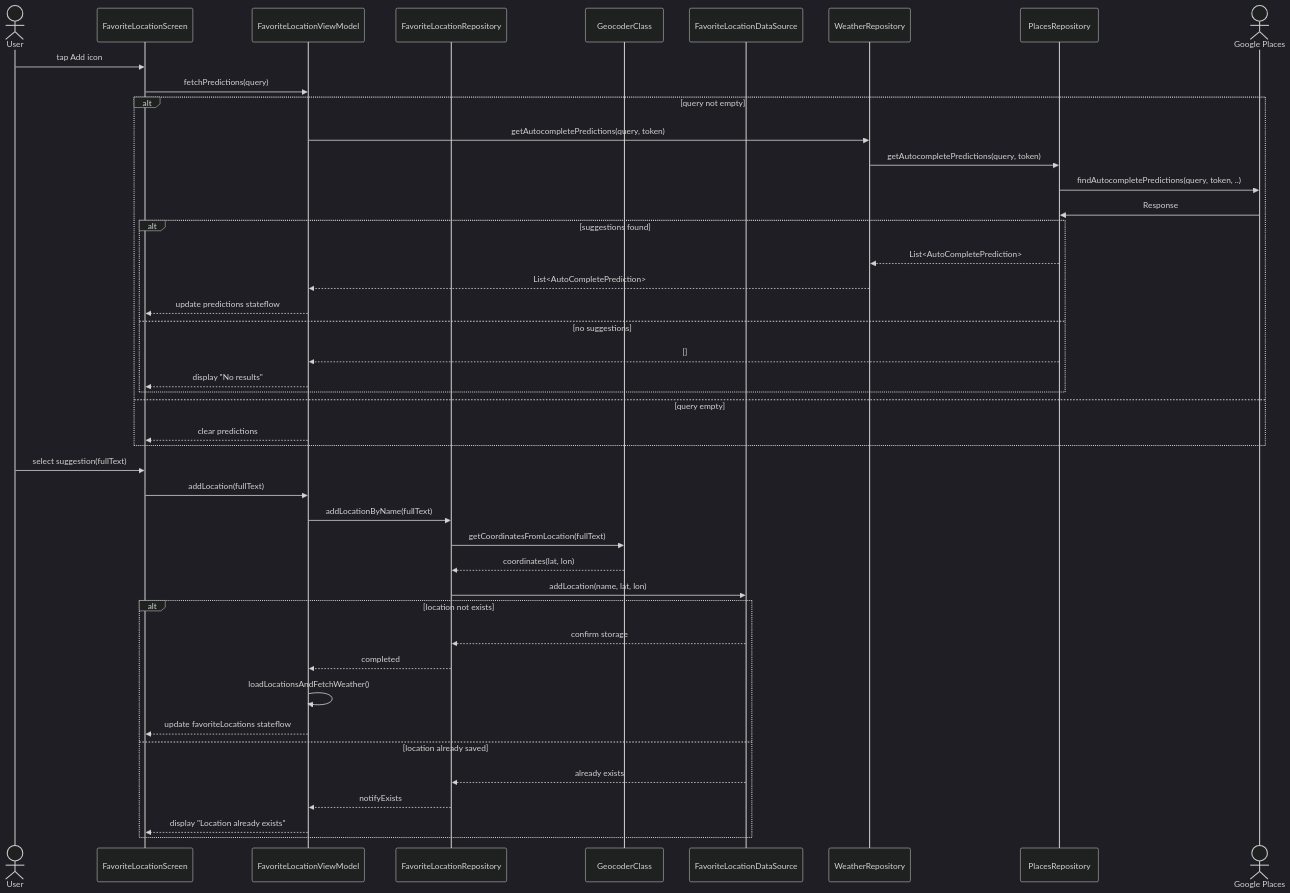
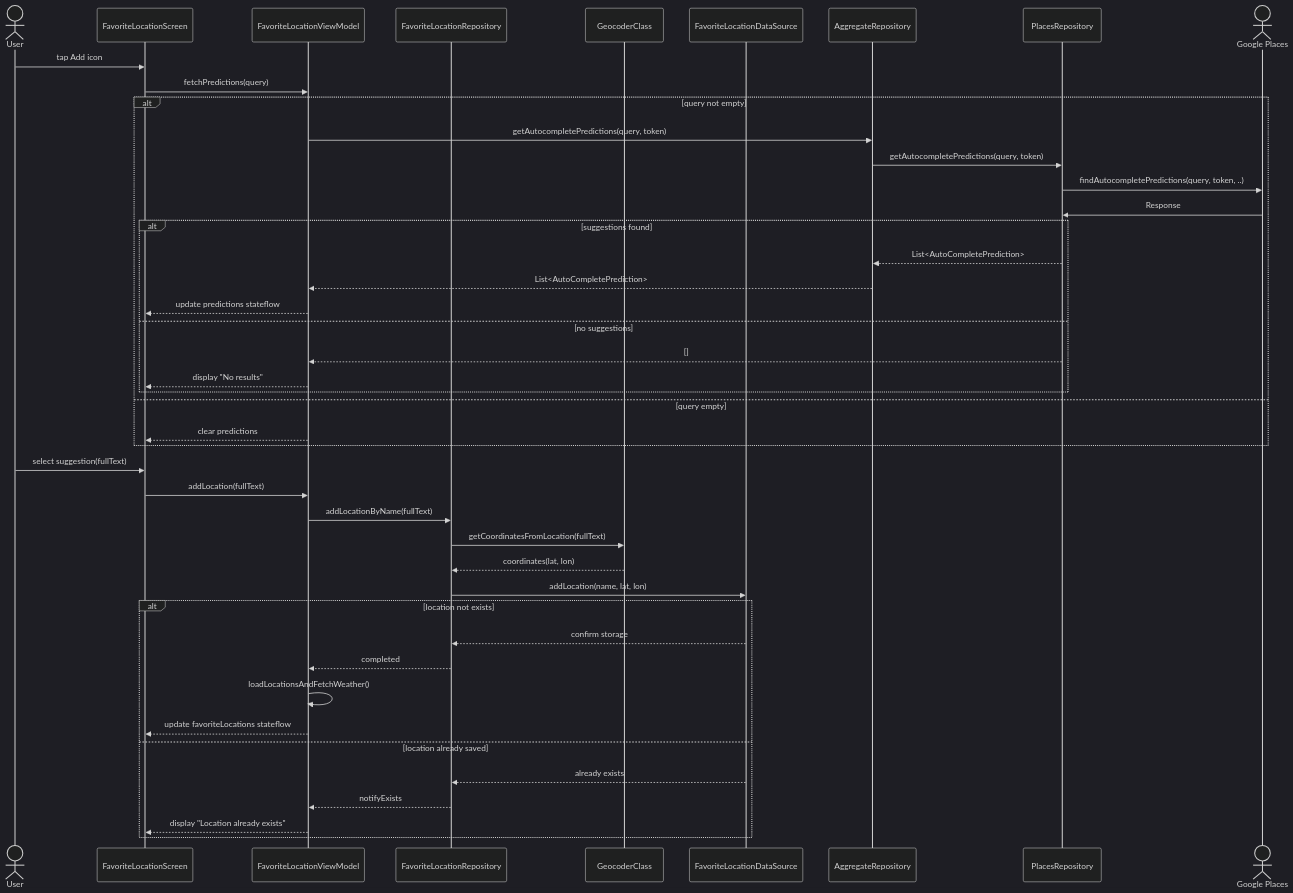
One commit to GithubTechsupport/VaerAktiv changed the diagram in diagrams/add_favorite_location/sequencediagram.md. Above: the diagram before and after it, drawn with Mermaid (dark theme). The commit also changed 8 other files, not shown here.

First line of the commit message:
reflected weatherrepository name change in class and sequence diagrams

````diff
--- a/diagrams/add_favorite_location/sequencediagram.md
+++ b/diagrams/add_favorite_location/sequencediagram.md
@@ -1,47 +1,47 @@
 ```mermaid
 sequenceDiagram
   actor User as User
   participant UI as FavoriteLocationScreen
   participant VM as FavoriteLocationViewModel
   participant Repo as FavoriteLocationRepository
   participant Geocoder as GeocoderClass
   participant DS as FavoriteLocationDataSource
-  Participant WR as WeatherRepository
+  Participant WR as AggregateRepository
   participant API as PlacesRepository
   actor Google as Google Places
 
   User ->> UI: tap Add icon
   UI ->> VM: fetchPredictions(query)
   alt query not empty
     VM ->> WR: getAutocompletePredictions(query, token)
     WR ->> API: getAutocompletePredictions(query, token)
     API ->> Google: findAutocompletePredictions(query, token, ..)
     Google ->> API: Response
     alt suggestions found
       API -->> WR: List<AutoCompletePrediction>
       WR -->> VM: List<AutoCompletePrediction>
       VM -->> UI: update predictions stateflow
     else no suggestions
       API -->> VM: []
       VM -->> UI: display "No results"
     end
   else query empty
     VM -->> UI: clear predictions
   end
   User ->> UI: select suggestion(fullText)
   UI ->> VM: addLocation(fullText)
   VM ->> Repo: addLocationByName(fullText)
   Repo ->> Geocoder: getCoordinatesFromLocation(fullText)
   Geocoder -->> Repo: coordinates(lat, lon)
   Repo ->> DS: addLocation(name, lat, lon)
   alt location not exists
     DS -->> Repo: confirm storage
     Repo -->> VM: completed
     VM ->> VM: loadLocationsAndFetchWeather()
     VM -->> UI: update favoriteLocations stateflow
   else location already saved
     DS -->> Repo: already exists
     Repo -->> VM: notifyExists
     VM -->> UI: display "Location already exists"
   end
 ```
````
